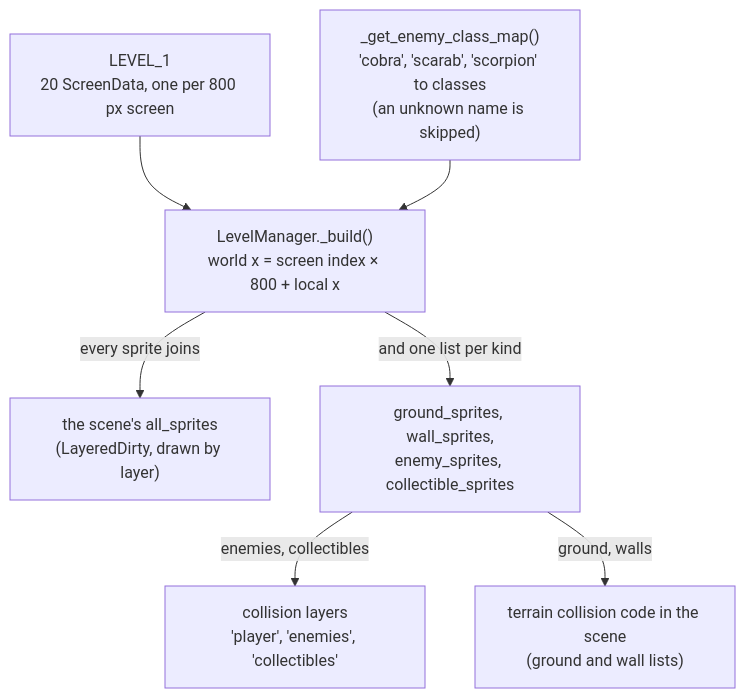
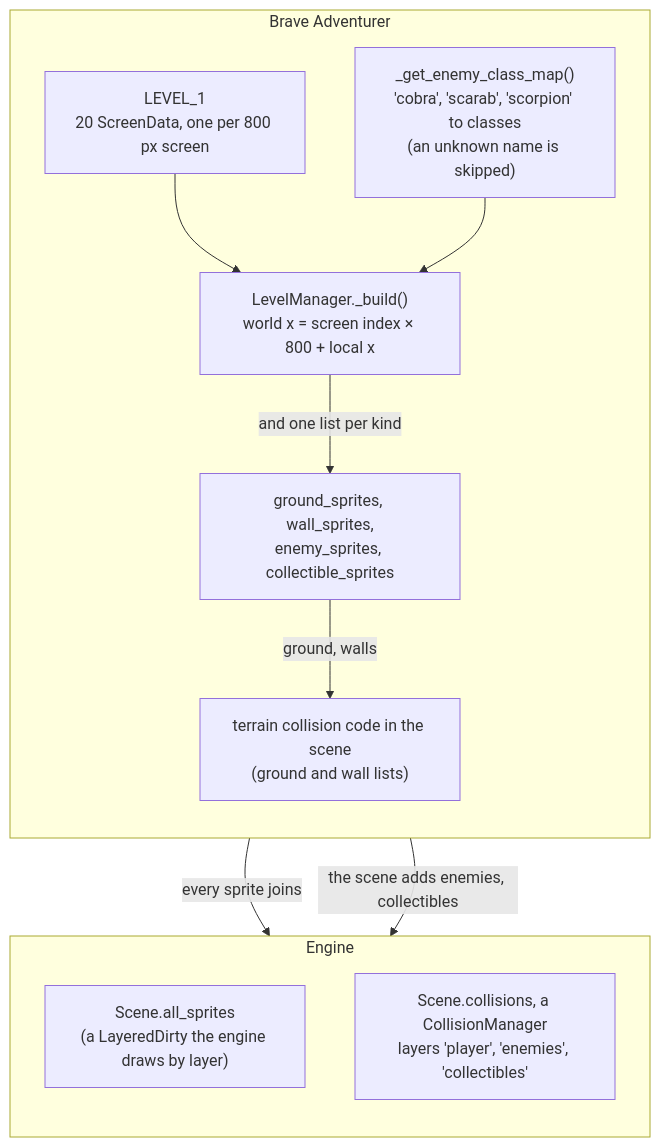
Before and after one commit to terrysimons/glitchygames: the second of 7 diagrams in docs/games/brave_adventurer.md, drawn with Mermaid. The commit also changed other lines of this file and 5 other files, not shown here.

First line of the commit message:
Docs: every diagram that mixes engine and game code shows the split

````diff
--- a/docs/games/brave_adventurer.md
+++ b/docs/games/brave_adventurer.md
@@ -156,17 +170,23 @@
 ```mermaid
 flowchart TB
-    level["LEVEL_1<br/>20 ScreenData, one per 800 px screen"]
-    build["LevelManager._build#40;#41;<br/>world x = screen index × 800 + local x"]
-    map["_get_enemy_class_map#40;#41;<br/>'cobra', 'scarab', 'scorpion' to classes<br/>#40;an unknown name is skipped#41;"]
-    group["the scene's all_sprites<br/>#40;LayeredDirty, drawn by layer#41;"]
-    lists["ground_sprites, wall_sprites,<br/>enemy_sprites, collectible_sprites"]
-    layers["collision layers<br/>'player', 'enemies', 'collectibles'"]
-    terrain["terrain collision code in the scene<br/>#40;ground and wall lists#41;"]
+    subgraph GAME_LEVEL["Brave Adventurer"]
+        direction TB
+        level["LEVEL_1<br/>20 ScreenData, one per 800 px screen"]
+        map["_get_enemy_class_map#40;#41;<br/>'cobra', 'scarab', 'scorpion' to classes<br/>#40;an unknown name is skipped#41;"]
+        build["LevelManager._build#40;#41;<br/>world x = screen index × 800 + local x"]
+        lists["ground_sprites, wall_sprites,<br/>enemy_sprites, collectible_sprites"]
+        terrain["terrain collision code in the scene<br/>#40;ground and wall lists#41;"]
+    end
+    subgraph ENGINE_LEVEL["Engine"]
+        direction TB
+        group["Scene.all_sprites<br/>#40;a LayeredDirty the engine draws by layer#41;"]
+        layers["Scene.collisions, a CollisionManager<br/>layers 'player', 'enemies', 'collectibles'"]
+    end
 
     level --> build
     map --> build
     build -->|"every sprite joins"| group
     build -->|"and one list per kind"| lists
-    lists -->|"enemies, collectibles"| layers
+    lists -->|"the scene adds enemies, collectibles"| layers
     lists -->|"ground, walls"| terrain
 ```
````
